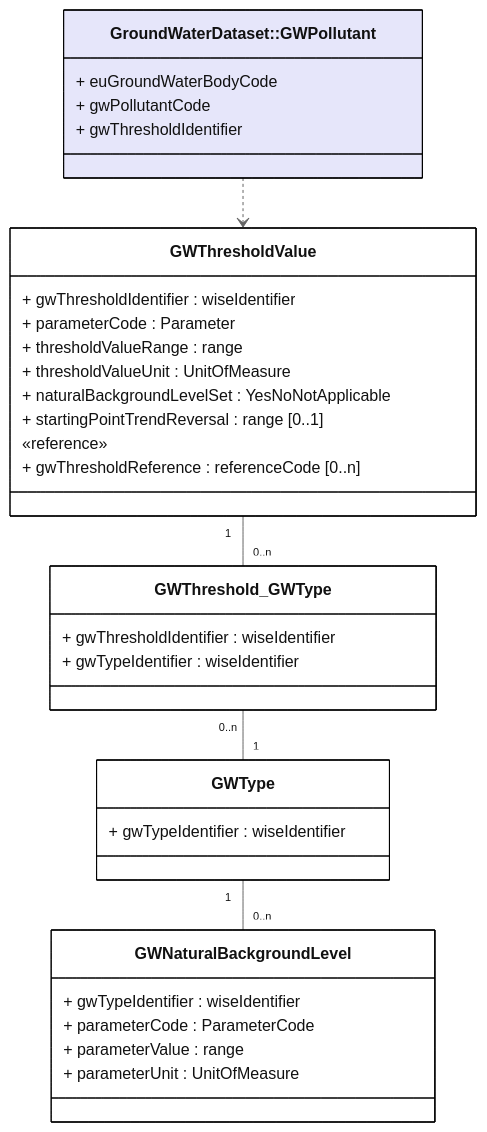
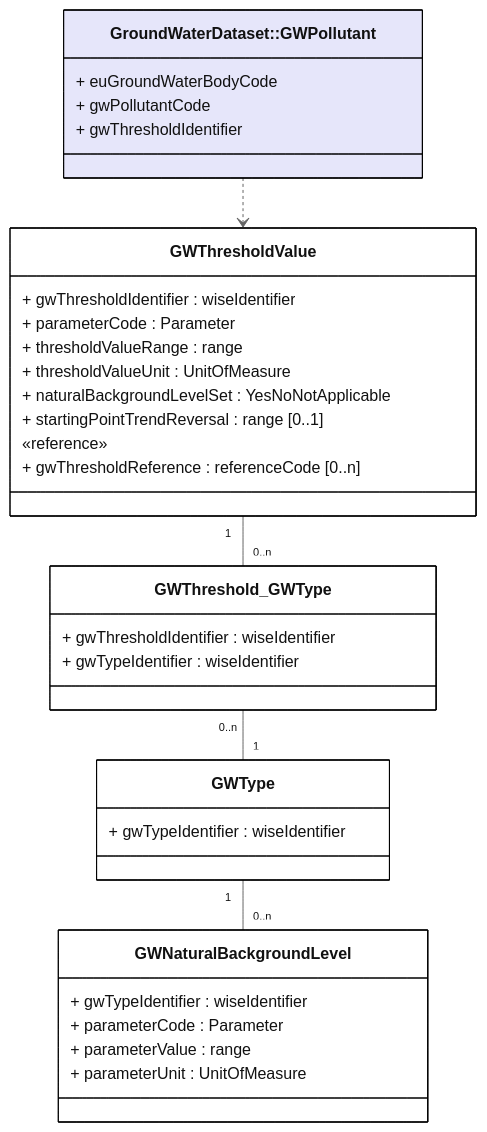
One commit to eeadata/WISE.WFD.Documentation changed the diagram in docs/DataModelReview/mmd/GroundWaterMethodologies_4thCycle_GWThresholdValue_GWType_ClassDiagram.mmd. Above: the diagram before and after it, drawn with Mermaid. The commit also changed 4 other files, not shown here.

```diff
--- a/docs/DataModelReview/mmd/GroundWaterMethodologies_4thCycle_GWThresholdValue_GWType_ClassDiagram.mmd
+++ b/docs/DataModelReview/mmd/GroundWaterMethodologies_4thCycle_GWThresholdValue_GWType_ClassDiagram.mmd
@@ -1,51 +1,51 @@
 ---
 config:
   class:
     hideEmptyMembersBox: true
   layout: dagre
   theme: neutral
 ---
 classDiagram
 direction TB
 
 class GWType {
   + gwTypeIdentifier : wiseIdentifier
 }
 
 class GWPollutant ["GroundWaterDataset::GWPollutant"]:::otherDataset{
   + euGroundWaterBodyCode
   + gwPollutantCode
   + gwThresholdIdentifier
 }
 
 class GWThresholdValue{
   + gwThresholdIdentifier : wiseIdentifier
   + parameterCode : Parameter
   + thresholdValueRange : range 
   + thresholdValueUnit : UnitOfMeasure 
   + naturalBackgroundLevelSet : YesNoNotApplicable
   + startingPointTrendReversal : range [0..1]
   «reference»
   + gwThresholdReference : referenceCode [0..n]
 }
 
 class GWThreshold_GWType{
   + gwThresholdIdentifier : wiseIdentifier
   + gwTypeIdentifier : wiseIdentifier
 }
 
 class GWNaturalBackgroundLevel{
   + gwTypeIdentifier : wiseIdentifier
-  + parameterCode : ParameterCode
+  + parameterCode : Parameter
   + parameterValue : range  
   + parameterUnit : UnitOfMeasure
 }
 
 GWPollutant ..> GWThresholdValue 
 GWThresholdValue "1" -- "0..n" GWThreshold_GWType 
 GWThreshold_GWType "0..n" -- "1" GWType 
 GWType "1" -- "0..n" GWNaturalBackgroundLevel
 
 classDef default fill:white,stroke:#000;
 classDef forFixing fill:white,stroke:#f00;
 classDef otherDataset fill:lavender,stroke:#000;
```
